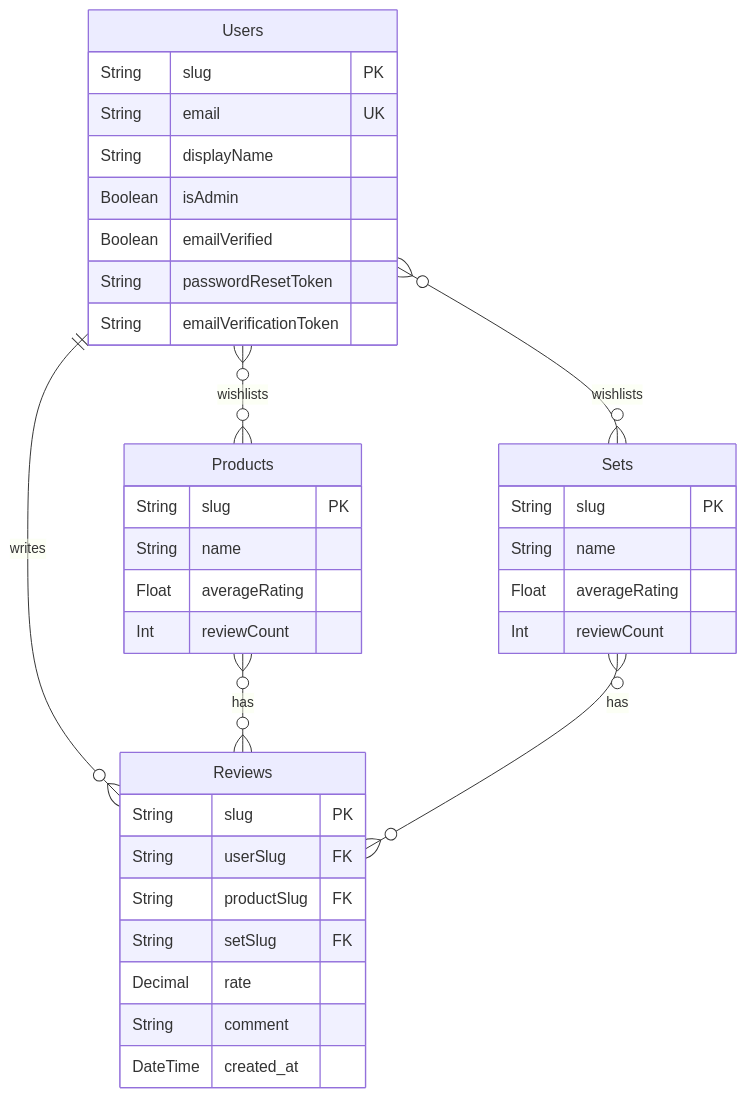
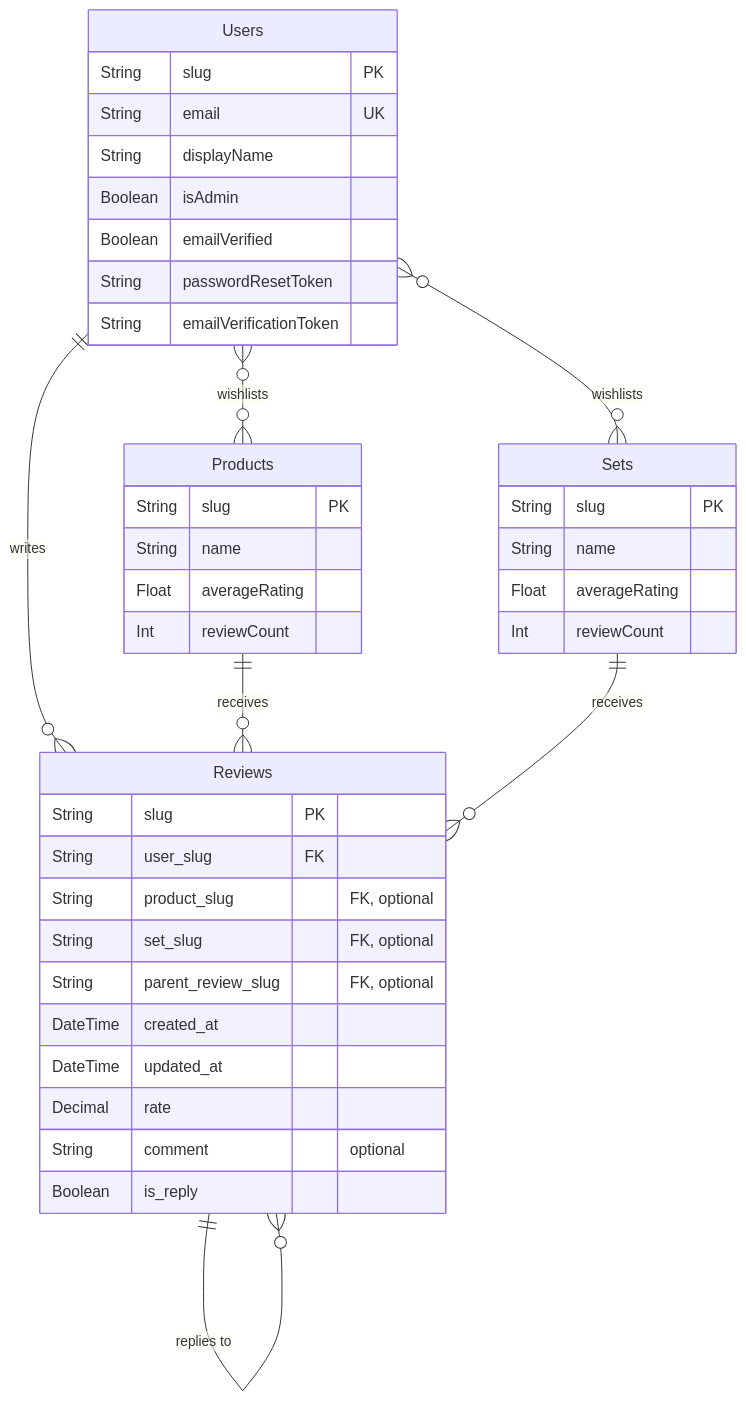
Before and after one commit to aymanbazyan/storeflow-docs: the third of 6 diagrams in docs/01-Overview/02-Tech-Stack-Concepts.md, drawn with Mermaid. The commit also changed other lines of this file and 4 other files, not shown here.

````diff
--- a/docs/01-Overview/02-Tech-Stack-Concepts.md
+++ b/docs/01-Overview/02-Tech-Stack-Concepts.md
@@ -143,42 +143,52 @@
 ```mermaid
 erDiagram
     Users {
         String slug PK
         String email UK
         String displayName
         Boolean isAdmin
         Boolean emailVerified
         String passwordResetToken
         String emailVerificationToken
     }
 
     Reviews {
         String slug PK
-        String userSlug FK
-        String productSlug FK
-        String setSlug FK
+        String user_slug FK
+        String product_slug "FK, optional"
+        String set_slug "FK, optional"
+        String parent_review_slug "FK, optional"
+        DateTime created_at
+        DateTime updated_at
         Decimal rate
-        String comment
-        DateTime created_at
+        String comment "optional"
+        Boolean is_reply
     }
 
     Products {
         String slug PK
         String name
         Float averageRating
         Int reviewCount
     }
 
     Sets {
         String slug PK
         String name
         Float averageRating
         Int reviewCount
     }
 
+    %% --- Relationships ---
+
     Users ||--o{ Reviews : "writes"
-    Products }o--o{ Reviews : "has"
-    Sets }o--o{ Reviews : "has"
+    Products ||--o{ Reviews : "receives"
+    Sets ||--o{ Reviews : "receives"
+
+    %% Self-referencing relationship for replies
+    Reviews ||--o{ Reviews : "replies to"
+
+    %% Wishlist relationships
     Users }o--o{ Products : "wishlists"
     Users }o--o{ Sets : "wishlists"
 ```
````
